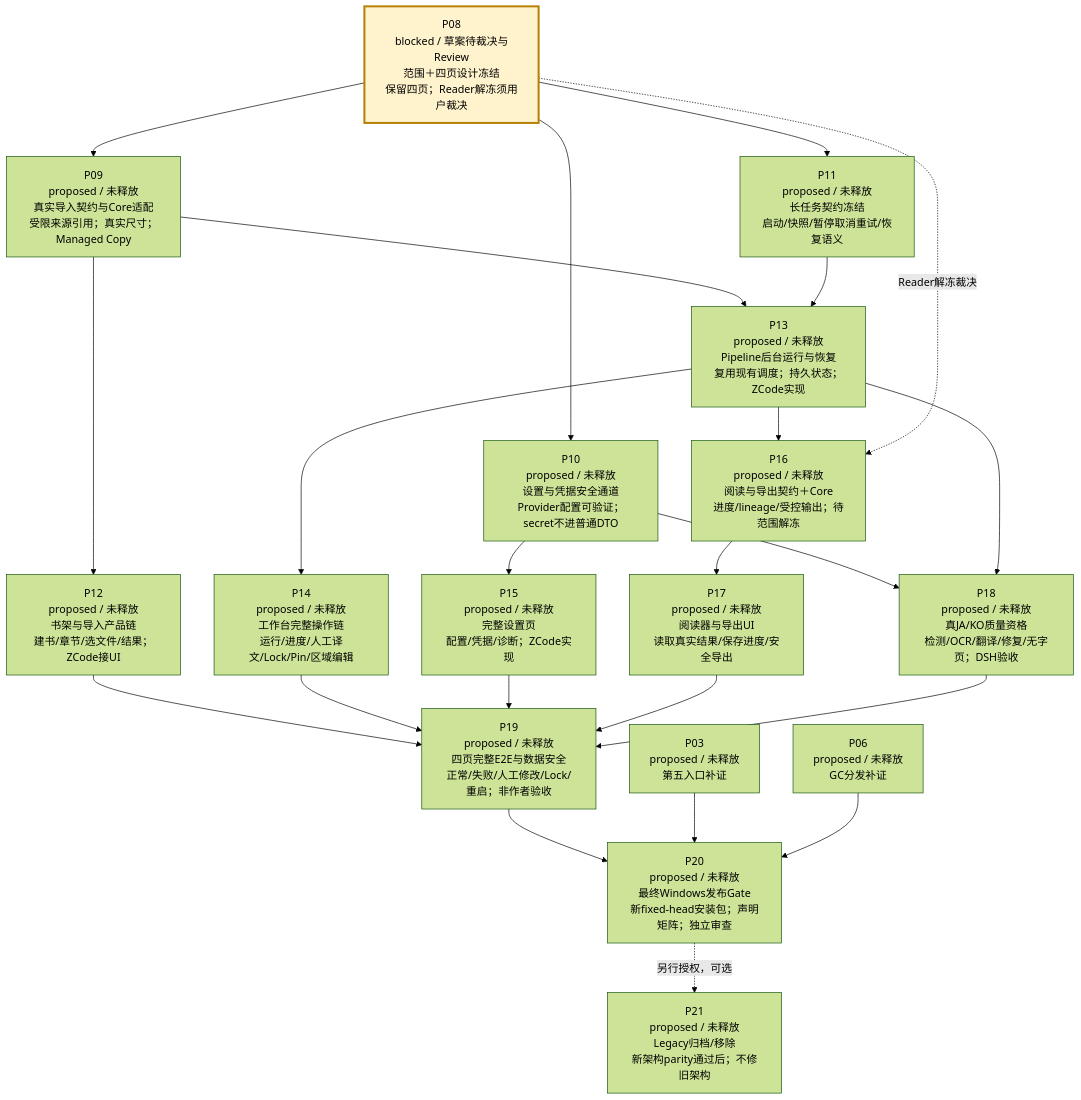
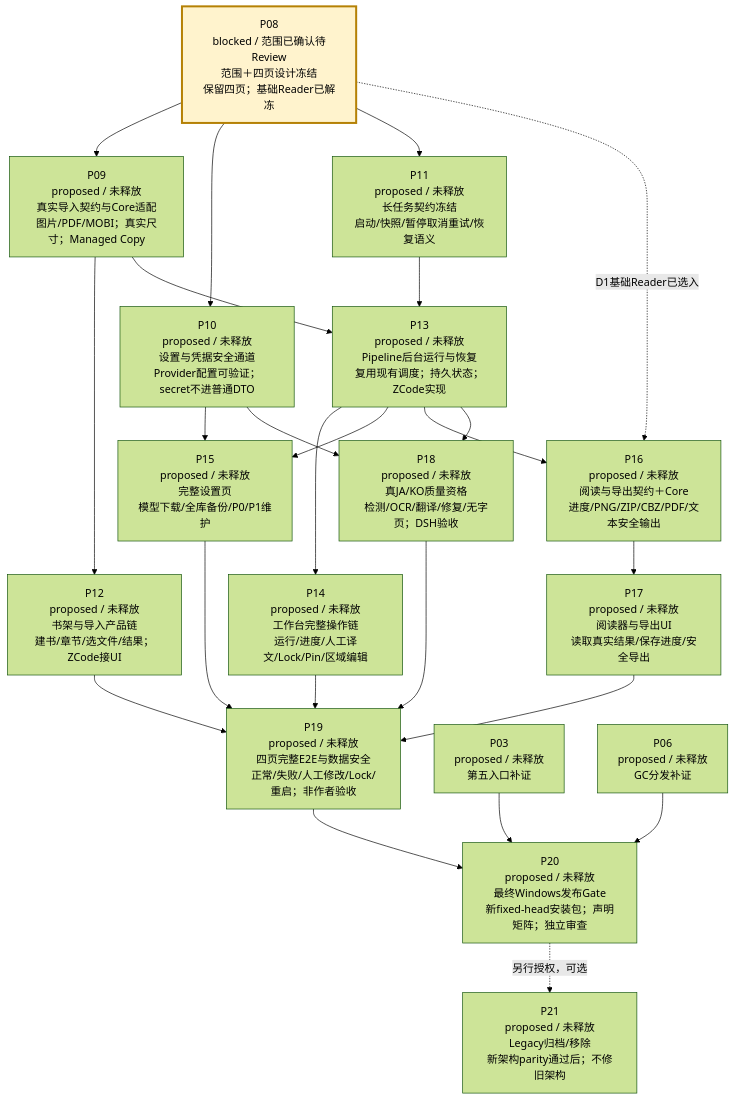
Before and after one commit to peakwheat-pixel/New-Manga: the third of 4 diagrams in verification/PROJECT-ROADMAP-20261008/ROADMAP.md, drawn with Mermaid (forest theme). The commit also changed other lines of this file and 14 other files, not shown here.

````diff
--- a/verification/PROJECT-ROADMAP-20261008/ROADMAP.md
+++ b/verification/PROJECT-ROADMAP-20261008/ROADMAP.md
@@ -47,26 +47,27 @@
 ```mermaid
 flowchart TB
-  P08["P08<br/>blocked / 草案待裁决与Review<br/>范围＋四页设计冻结<br/>保留四页；Reader解冻须用户裁决"] --> P09["P09<br/>proposed / 未释放<br/>真实导入契约与Core适配<br/>受限来源引用；真实尺寸；Managed Copy"]
+  P08["P08<br/>blocked / 范围已确认待Review<br/>范围＋四页设计冻结<br/>保留四页；基础Reader已解冻"] --> P09["P09<br/>proposed / 未释放<br/>真实导入契约与Core适配<br/>图片/PDF/MOBI；真实尺寸；Managed Copy"]
   P08 --> P10["P10<br/>proposed / 未释放<br/>设置与凭据安全通道<br/>Provider配置可验证；secret不进普通DTO"]
   P08 --> P11["P11<br/>proposed / 未释放<br/>长任务契约冻结<br/>启动/快照/暂停取消重试/恢复语义"]
   P09 --> P12["P12<br/>proposed / 未释放<br/>书架与导入产品链<br/>建书/章节/选文件/结果；ZCode接UI"]
   P09 --> P13["P13<br/>proposed / 未释放<br/>Pipeline后台运行与恢复<br/>复用现有调度；持久状态；ZCode实现"]
   P11 --> P13
   P13 --> P14["P14<br/>proposed / 未释放<br/>工作台完整操作链<br/>运行/进度/人工译文/Lock/Pin/区域编辑"]
-  P10 --> P15["P15<br/>proposed / 未释放<br/>完整设置页<br/>配置/凭据/诊断；ZCode实现"]
-  P13 --> P16["P16<br/>proposed / 未释放<br/>阅读与导出契约＋Core<br/>进度/lineage/受控输出；待范围解冻"]
-  P08 -. "Reader解冻裁决" .-> P16
+  P10 --> P15["P15<br/>proposed / 未释放<br/>完整设置页<br/>模型下载/全库备份/P0/P1维护"]
+  P13 --> P15
+  P13 --> P16["P16<br/>proposed / 未释放<br/>阅读与导出契约＋Core<br/>进度/PNG/ZIP/CBZ/PDF/文本安全输出"]
+  P08 -. "D1基础Reader已选入" .-> P16
   P16 --> P17["P17<br/>proposed / 未释放<br/>阅读器与导出UI<br/>读取真实结果/保存进度/安全导出"]
   P10 --> P18["P18<br/>proposed / 未释放<br/>真JA/KO质量资格<br/>检测/OCR/翻译/修复/无字页；DSH验收"]
   P13 --> P18
   P12 --> P19["P19<br/>proposed / 未释放<br/>四页完整E2E与数据安全<br/>正常/失败/人工修改/Lock/重启；非作者验收"]
   P14 --> P19
   P15 --> P19
   P17 --> P19
   P18 --> P19
   P19 --> P20["P20<br/>proposed / 未释放<br/>最终Windows发布Gate<br/>新fixed-head安装包；声明矩阵；独立审查"]
   P03["P03<br/>proposed / 未释放<br/>第五入口补证"] --> P20
   P06["P06<br/>proposed / 未释放<br/>GC分发补证"] --> P20
   P20 -. "另行授权，可选" .-> P21["P21<br/>proposed / 未释放<br/>Legacy归档/移除<br/>新架构parity通过后；不修旧架构"]
   style P08 fill:#fff3cd,stroke:#b58105,stroke-width:3px
 ```
````
